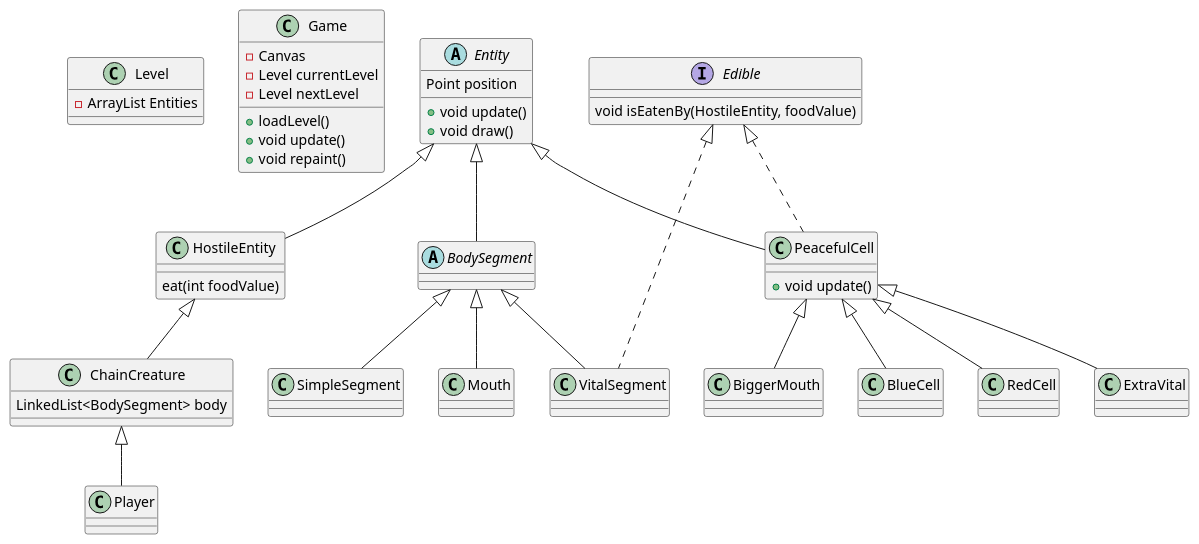
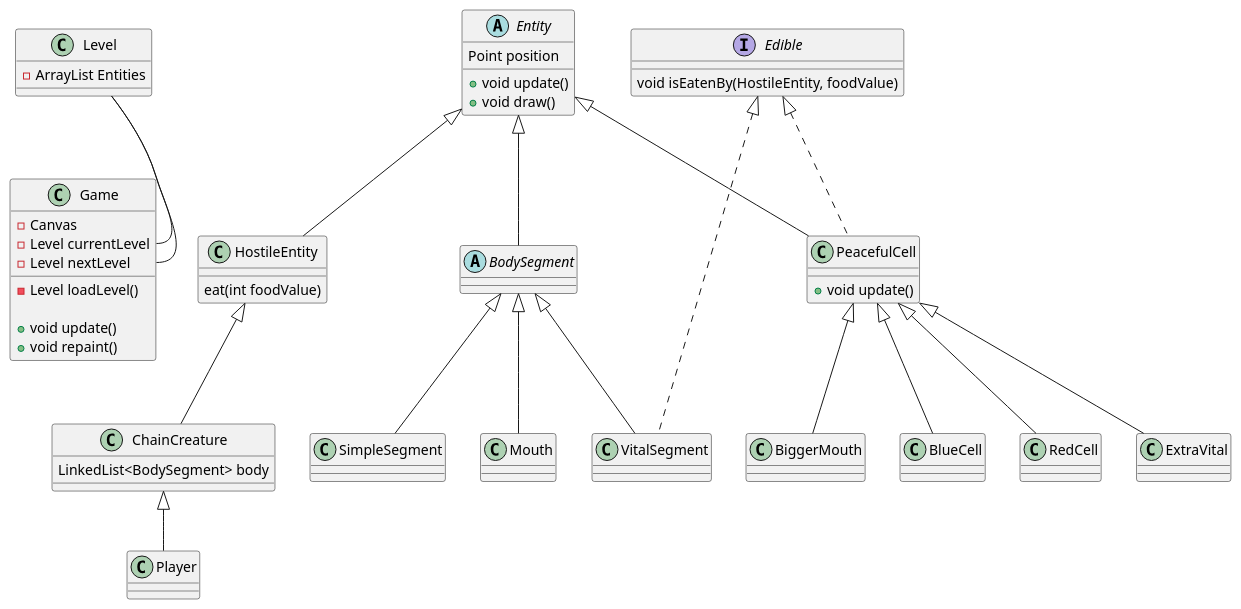
The diagram in docs/spec/terv.md (gb999/flOw), drawn with PlantUML before and after one commit. The commit also changed 2 other files, not shown here.

Commit message:
created level

````diff
--- a/docs/spec/terv.md
+++ b/docs/spec/terv.md
@@ -4,58 +4,59 @@
 ```plantuml
 @startuml
 class Level {
     - ArrayList Entities 
 } 
 static class Game {
     - Canvas 
     - Level currentLevel   
     - Level nextLevel
+    - Level loadLevel()
 
-    + loadLevel()
     + void update()
     + void repaint()
 }
-
+Level -- Game::currentLevel
+Level -- Game::nextLevel
 
 abstract class Entity {
     Point position
 
     + void update()
     + void draw()
 
 }
 class HostileEntity extends Entity {
     eat(int foodValue)
 }
 class ChainCreature extends HostileEntity {
     LinkedList<BodySegment> body
 }
 class Player extends ChainCreature {
 
 }
 
 class PeacefulCell extends Entity implements Edible {
     + void update()
 }
 
 class BlueCell extends PeacefulCell 
 class RedCell extends PeacefulCell 
 class ExtraVital extends PeacefulCell
 class BiggerMouth extends PeacefulCell
 
 
 interface Edible {
     void isEatenBy(HostileEntity, foodValue)
 }
 
 abstract BodySegment extends Entity {
 
 }
 
 class Mouth extends BodySegment
 class VitalSegment extends BodySegment implements Edible
 class SimpleSegment extends BodySegment
 
 
 @enduml
 ```
````
